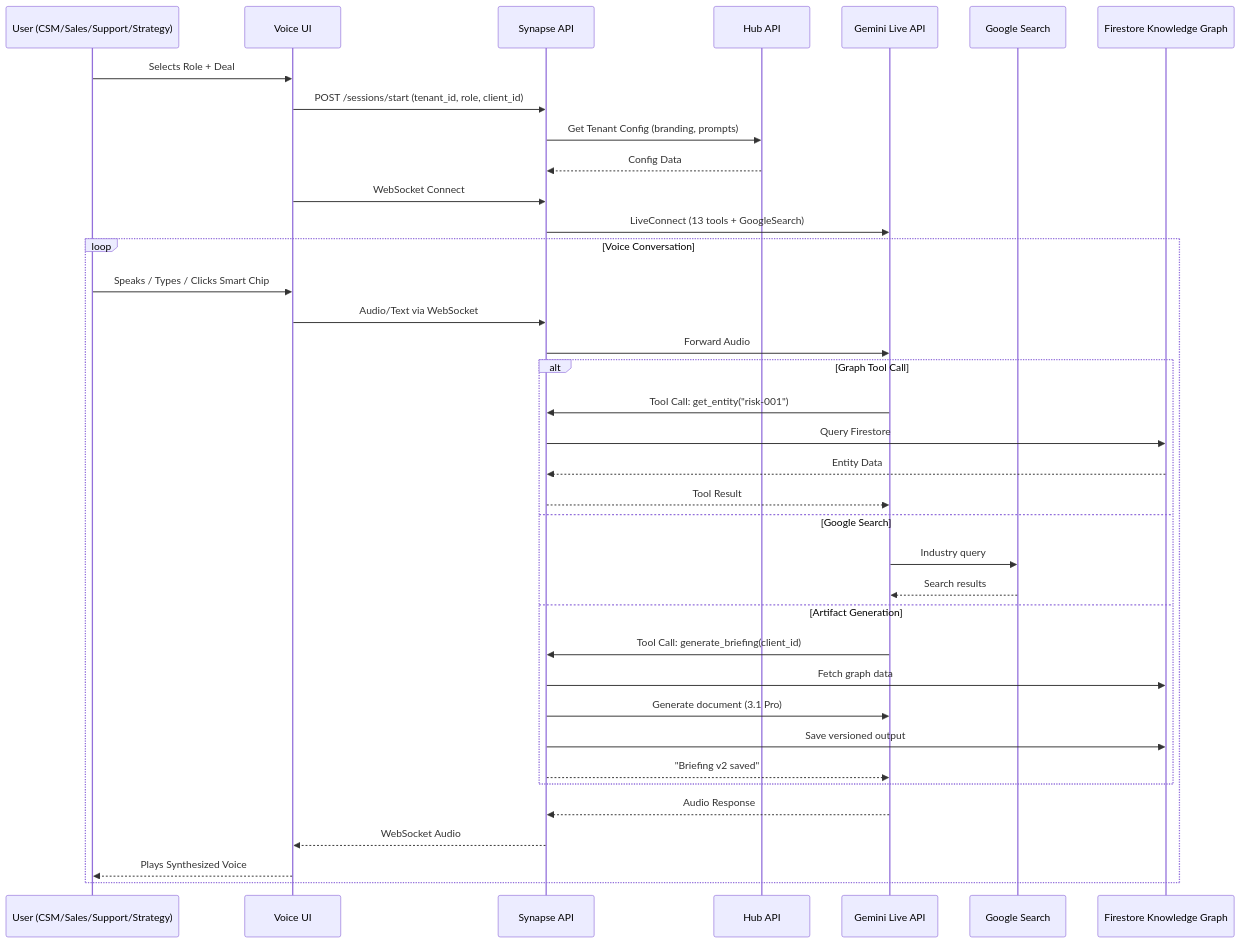
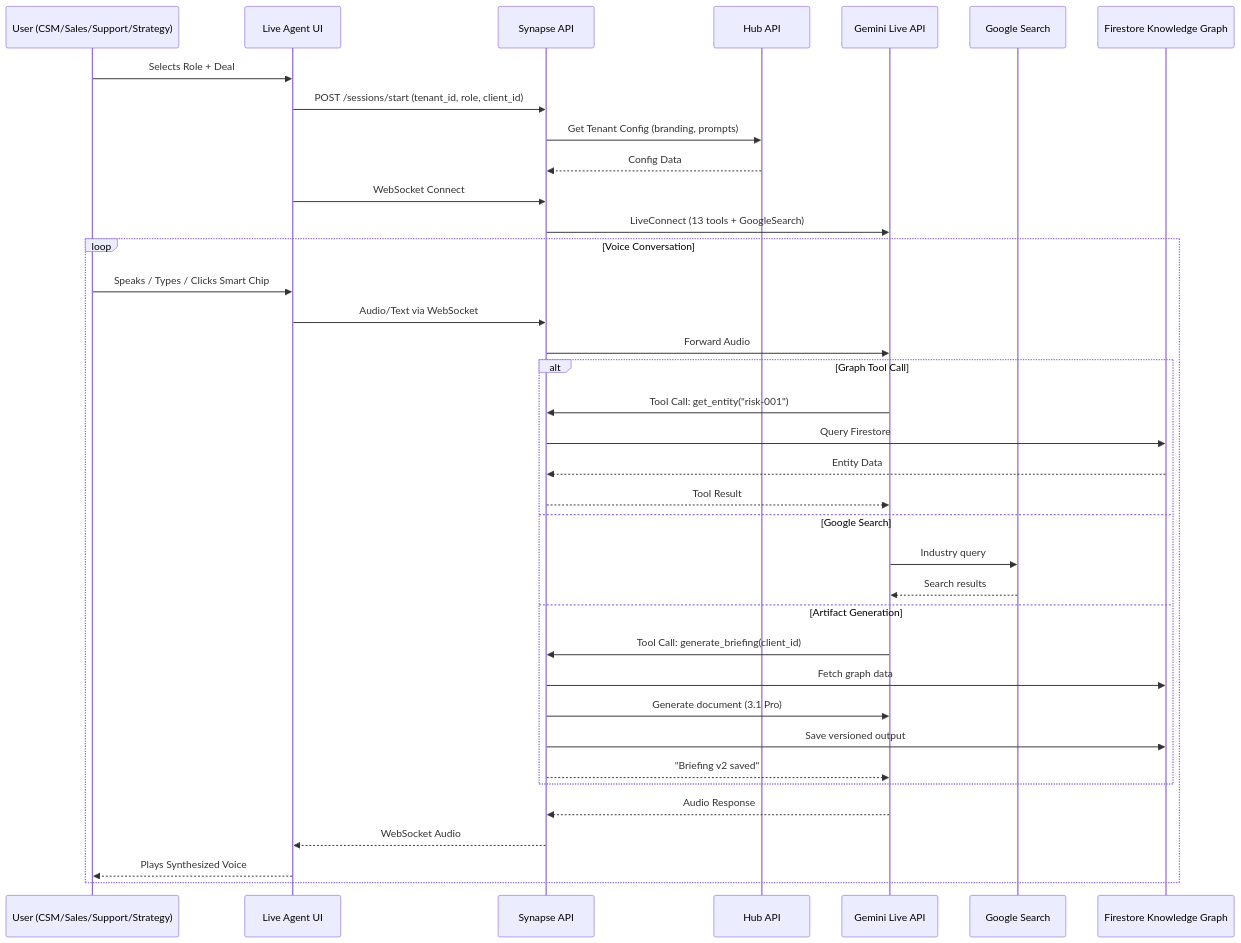
Before and after one commit to aroucadi/handoff_agent: the second of 5 diagrams in docs/ARCHITECTURE.md, drawn with Mermaid. The commit also changed other lines of this file and 67 other files, not shown here.

Commit message:
feat: evolution to three-tier standalone architecture (Admin Portal, Hub, Live Agent)

````diff
--- a/docs/ARCHITECTURE.md
+++ b/docs/ARCHITECTURE.md
@@ -75,44 +81,44 @@
 ```mermaid
 sequenceDiagram
     participant User as User (CSM/Sales/Support/Strategy)
-    participant React as Voice UI
+    participant React as Live Agent UI
     participant API as Synapse API
     participant Hub as Hub API
     participant Gemini as Gemini Live API
     participant Search as Google Search
     participant KG as Firestore Knowledge Graph
 
     User->>React: Selects Role + Deal
     React->>API: POST /sessions/start (tenant_id, role, client_id)
     API->>Hub: Get Tenant Config (branding, prompts)
     Hub-->>API: Config Data
 
     React->>API: WebSocket Connect
     API->>Gemini: LiveConnect (13 tools + GoogleSearch)
 
     loop Voice Conversation
         User->>React: Speaks / Types / Clicks Smart Chip
         React->>API: Audio/Text via WebSocket
         API->>Gemini: Forward Audio
 
         alt Graph Tool Call
             Gemini->>API: Tool Call: get_entity("risk-001")
             API->>KG: Query Firestore
             KG-->>API: Entity Data
             API-->>Gemini: Tool Result
         else Google Search
             Gemini->>Search: Industry query
             Search-->>Gemini: Search results
         else Artifact Generation
             Gemini->>API: Tool Call: generate_briefing(client_id)
             API->>KG: Fetch graph data
             API->>Gemini: Generate document (3.1 Pro)
             API->>KG: Save versioned output
             API-->>Gemini: "Briefing v2 saved"
         end
 
         Gemini-->>API: Audio Response
         API-->>React: WebSocket Audio
         React-->>User: Plays Synthesized Voice
     end
 ```
````
